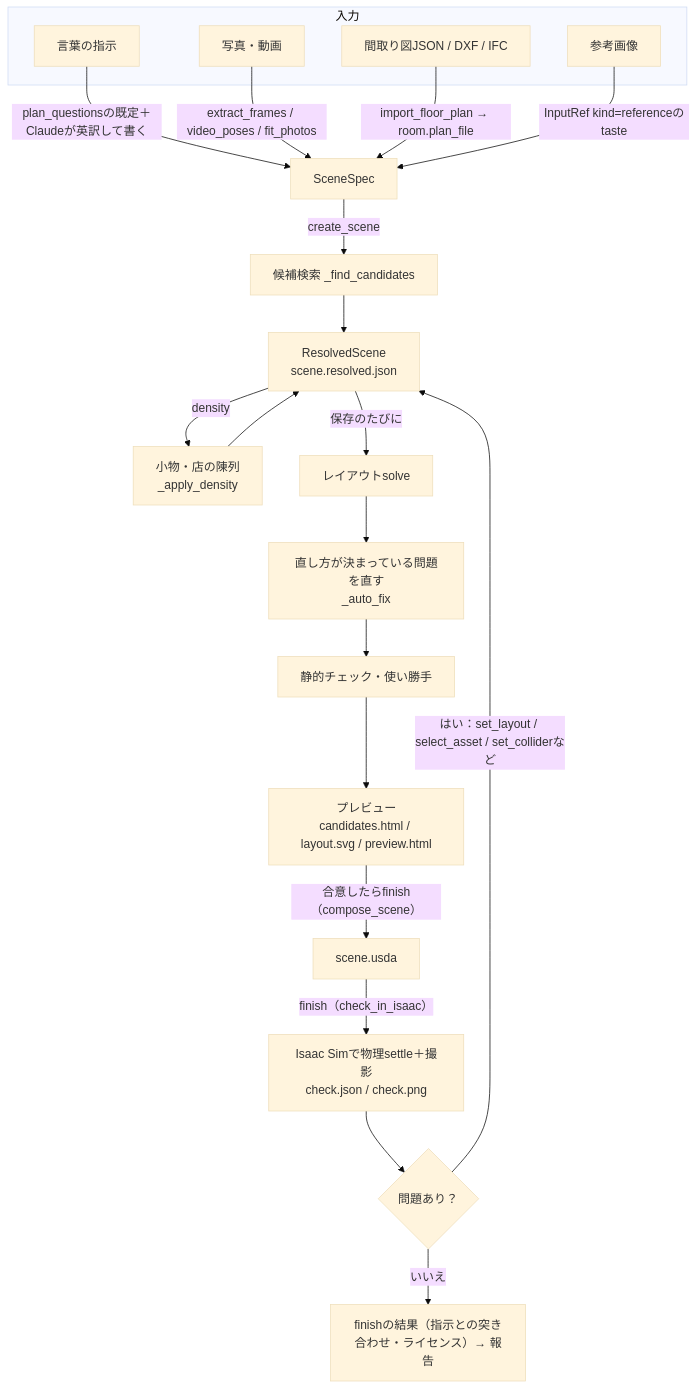
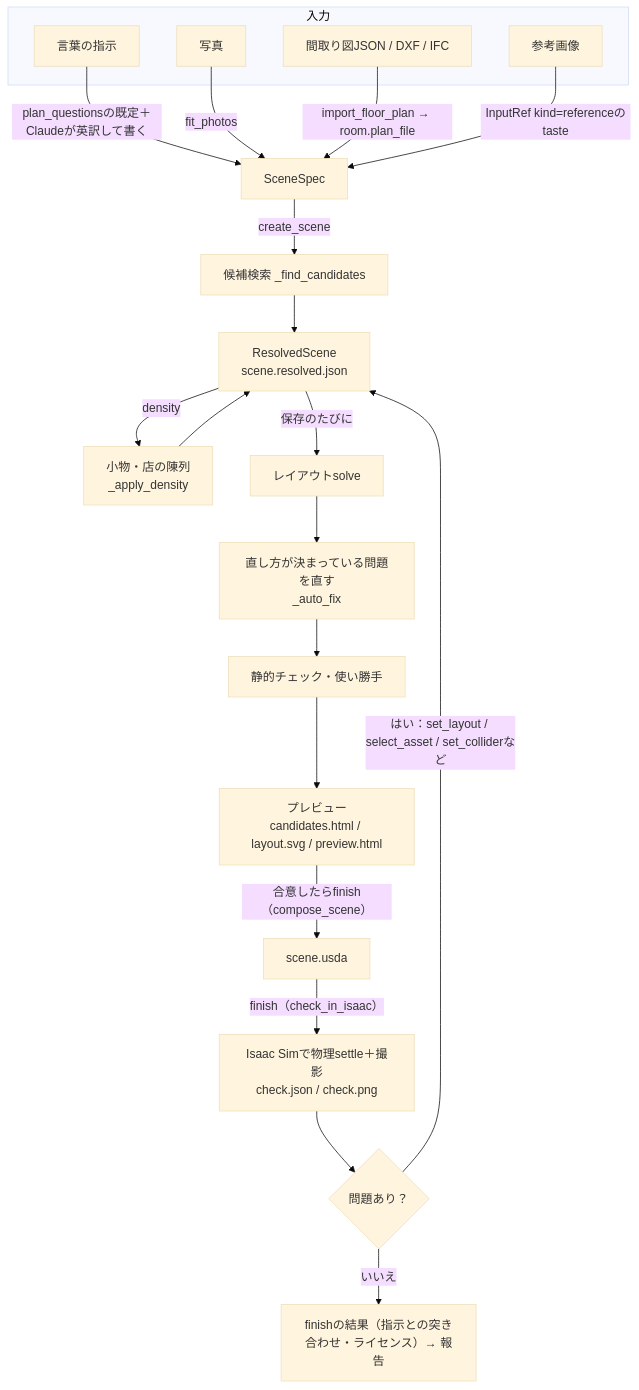
Before and after one commit to atinfinity/agentic-sim-world-gen: the first of 13 diagrams in docs/architecture.md, drawn with Mermaid (base theme). The commit also changed other lines of this file and 48 other files, not shown here.

````diff
--- a/docs/architecture.md
+++ b/docs/architecture.md
@@ -24,28 +24,28 @@
 ```mermaid
 flowchart TD
     subgraph inputs["入力"]
         nl["言葉の指示"]
-        photo["写真・動画"]
+        photo["写真"]
         plan["間取り図JSON / DXF / IFC"]
         ref["参考画像"]
     end
 
     nl -->|"plan_questionsの既定＋Claudeが英訳して書く"| spec["SceneSpec"]
-    photo -->|"extract_frames / video_poses / fit_photos"| spec
+    photo -->|"fit_photos"| spec
     plan -->|"import_floor_plan → room.plan_file"| spec
     ref -->|"InputRef kind=referenceのtaste"| spec
 
     spec -->|"create_scene"| search["候補検索 _find_candidates"]
     search --> resolved["ResolvedScene<br/>scene.resolved.json"]
     resolved -->|"density"| decor["小物・店の陳列<br/>_apply_density"]
     decor --> resolved
     resolved -->|"保存のたびに"| solve["レイアウトsolve"]
     solve --> autofix["直し方が決まっている問題を直す<br/>_auto_fix"]
     autofix --> checks["静的チェック・使い勝手"]
     checks --> preview["プレビュー<br/>candidates.html / layout.svg / preview.html"]
     preview -->|"合意したらfinish（compose_scene）"| usd["scene.usda"]
     usd -->|"finish（check_in_isaac）"| isaac["Isaac Simで物理settle＋撮影<br/>check.json / check.png"]
     isaac --> fix{"問題あり？"}
     fix -->|"はい：set_layout / select_asset / set_colliderなど"| resolved
     fix -->|"いいえ"| report["finishの結果（指示との突き合わせ・ライセンス）→ 報告"]
 ```
````
